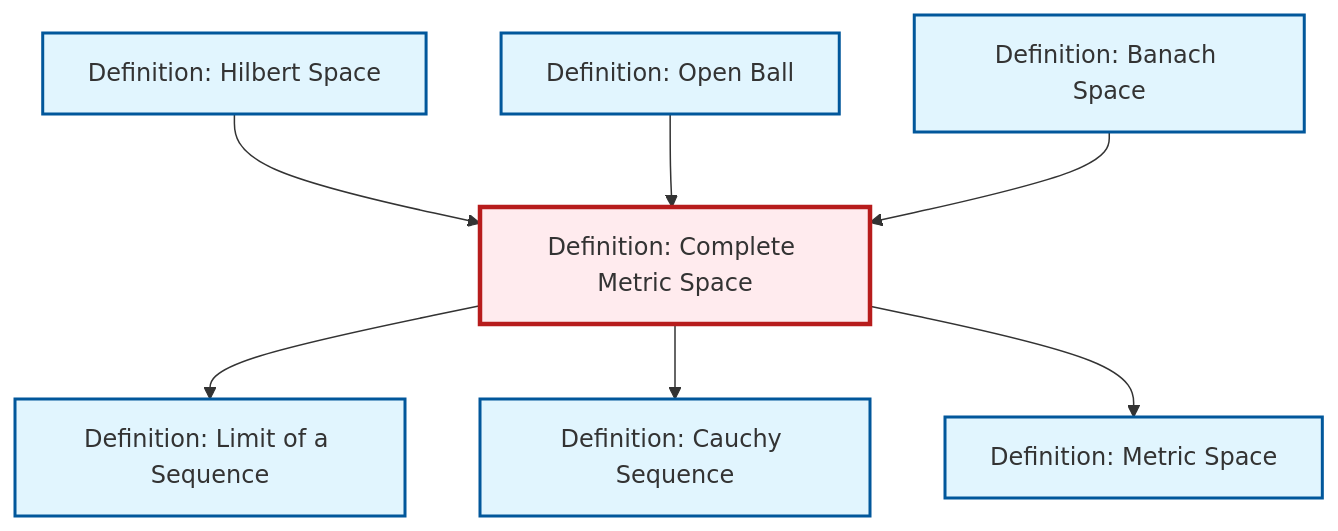
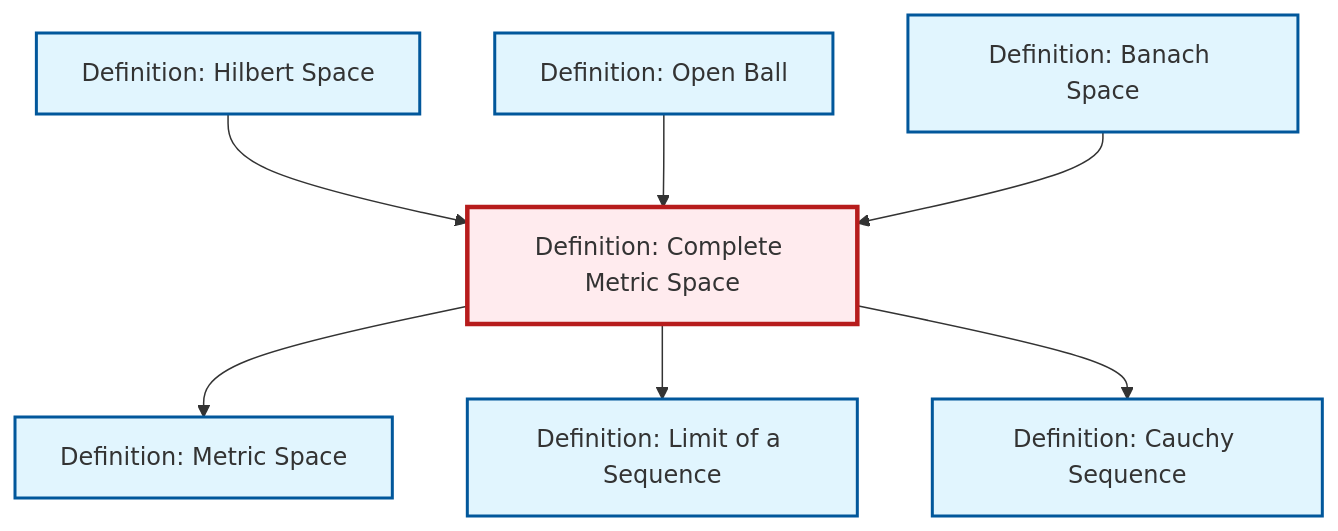
One commit to RK0429/ModernMath changed the diagram in content/en/analysis/def-complete-metric-space.qmd. Above: the diagram before and after it, drawn with Mermaid. The commit also changed other lines of this file and 328 other files, not shown here.

````diff
--- a/content/en/analysis/def-complete-metric-space.qmd
+++ b/content/en/analysis/def-complete-metric-space.qmd
@@ -53,29 +53,29 @@
 ```{mermaid}
 %%| fig-cap: "Local dependency graph"
 graph TD
     classDef definition fill:#e1f5fe,stroke:#01579b,stroke-width:2px
     classDef theorem fill:#f3e5f5,stroke:#4a148c,stroke-width:2px
     classDef axiom fill:#fff3e0,stroke:#e65100,stroke-width:2px
     classDef example fill:#e8f5e9,stroke:#1b5e20,stroke-width:2px
     classDef current fill:#ffebee,stroke:#b71c1c,stroke-width:3px
-    def-cauchy-sequence["Definition: Cauchy Sequence"]:::definition
+    def-open-ball["Definition: Open Ball"]:::definition
     def-limit["Definition: Limit of a Sequence"]:::definition
-    def-metric-space["Definition: Metric Space"]:::definition
     def-hilbert-space["Definition: Hilbert Space"]:::definition
-    def-open-ball["Definition: Open Ball"]:::definition
     def-complete-metric-space["Definition: Complete Metric Space"]:::definition
     def-banach-space["Definition: Banach Space"]:::definition
-    def-complete-metric-space --> def-limit
+    def-cauchy-sequence["Definition: Cauchy Sequence"]:::definition
+    def-metric-space["Definition: Metric Space"]:::definition
     def-hilbert-space --> def-complete-metric-space
+    def-complete-metric-space --> def-metric-space
     def-open-ball --> def-complete-metric-space
     def-banach-space --> def-complete-metric-space
+    def-complete-metric-space --> def-limit
     def-complete-metric-space --> def-cauchy-sequence
-    def-complete-metric-space --> def-metric-space
     class def-complete-metric-space current
+    click def-open-ball "def-open-ball.html" "Go to Open Ball definition"
+    click def-limit "def-limit.html" "Go to Limit of a Sequence definition"
+    click def-hilbert-space "def-hilbert-space.html" "Go to Hilbert Space definition"
+    click def-banach-space "def-banach-space.html" "Go to Banach Space definition"
     click def-cauchy-sequence "def-cauchy-sequence.html" "Go to Cauchy Sequence definition"
-    click def-limit "def-limit.html" "Go to Limit of a Sequence definition"
     click def-metric-space "def-metric-space.html" "Go to Metric Space definition"
-    click def-hilbert-space "def-hilbert-space.html" "Go to Hilbert Space definition"
-    click def-open-ball "def-open-ball.html" "Go to Open Ball definition"
-    click def-banach-space "def-banach-space.html" "Go to Banach Space definition"
 ```
````
